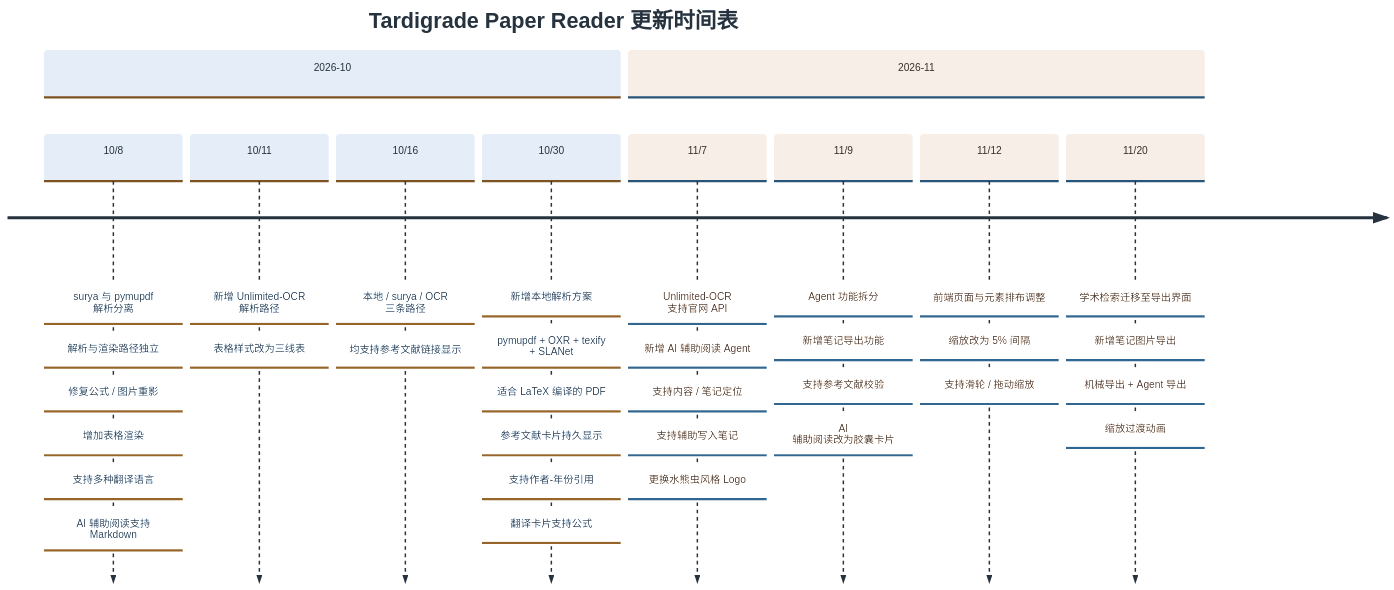
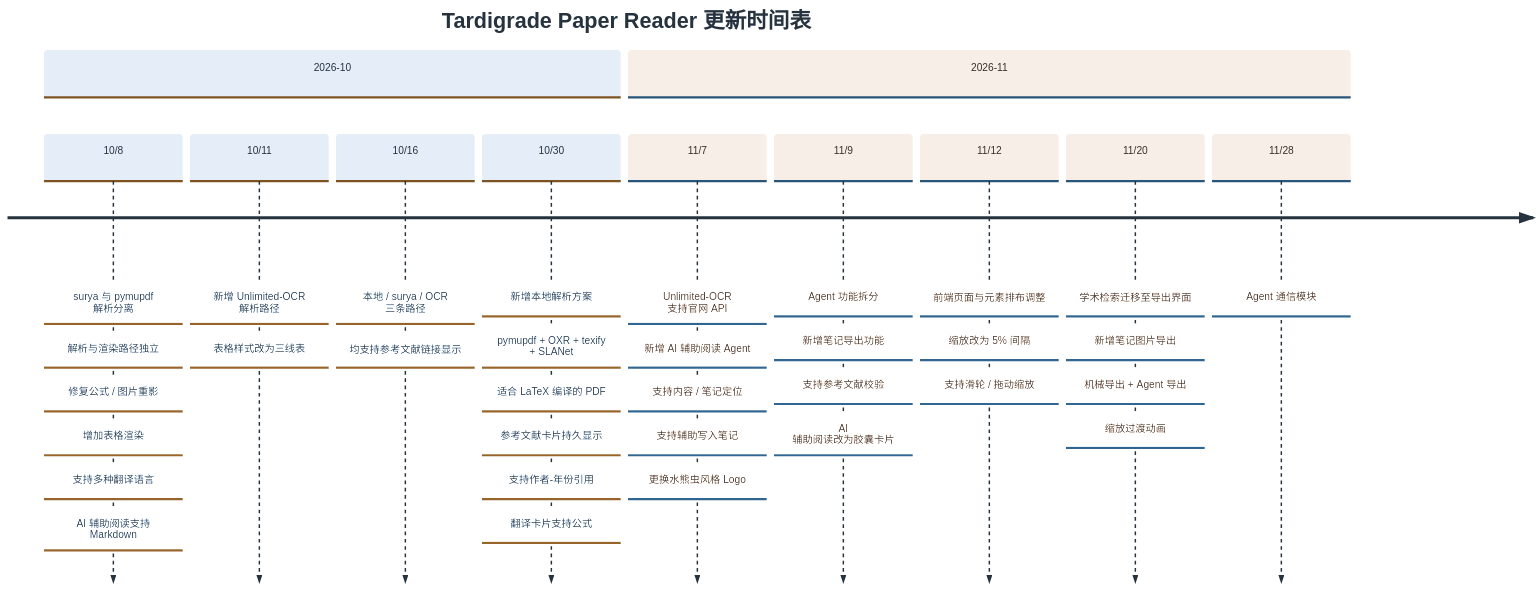
One commit to MarcYugo/tardigrade-paper-reader changed the first of 2 diagrams in README.md. Above: the diagram before and after it, drawn with Mermaid. The commit also changed other lines of this file and 109 other files, not shown here.

````diff
--- a/README.md
+++ b/README.md
@@ -11,55 +11,56 @@
 ```mermaid
 %%{init: {
   "theme": "base",
   "themeVariables": {
     "fontFamily": "Segoe UI, Microsoft YaHei, PingFang SC, sans-serif",
     "fontSize": "14px",
     "primaryColor": "#eef4fa",
     "primaryTextColor": "#26333f",
     "primaryBorderColor": "#d3e0ee",
     "lineColor": "#c9d8e8",
     "textColor": "#26333f",
     "cScale0": "#e5eef8",
     "cScale1": "#f7eee7",
     "cScaleLabel0": "#26333f",
     "cScaleLabel1": "#3b302a"
   },
   "themeCSS": ".timeline text { fill: #26333f !important; font-size: 14px !important; font-weight: 500 !important; line-height: 1.5 !important; } .timeline .section-title, .timeline text.sectionTitle, .timeline .section { fill: currentColor !important; opacity: 0.65 !important; font-weight: 600 !important; } .timeline-node circle { fill: #eef4fa !important; stroke: #bcd1e6 !important; } .timeline-node line, .timeline .lineWrapper line { stroke: currentColor !important; opacity: 0.25 !important; } .timeline-title, .timeline text.timeline-title, text.timeline-title, .chartTitleText, .flowchartTitleText, text.title { fill: currentColor !important; font-size: 17px !important; font-weight: 600 !important; }"
 }}%%
 timeline
     title Tardigrade Paper Reader 更新时间表
     section 2026-10
         10/8 : surya 与 pymupdf 解析分离
              : 解析与渲染路径独立
              : 修复公式 / 图片重影
              : 增加表格渲染
              : 支持多种翻译语言
              : AI 辅助阅读支持 Markdown
         10/11 : 新增 Unlimited-OCR 解析路径
               : 表格样式改为三线表
         10/16 : 本地 / surya / OCR 三条路径
               : 均支持参考文献链接显示
         10/30 : 新增本地解析方案
               : pymupdf + OXR + texify + SLANet
               : 适合 LaTeX 编译的 PDF
               : 参考文献卡片持久显示
               : 支持作者-年份引用
               : 翻译卡片支持公式
     section 2026-11
         11/7 : Unlimited-OCR 支持官网 API
              : 新增 AI 辅助阅读 Agent
              : 支持内容 / 笔记定位
              : 支持辅助写入笔记
              : 更换水熊虫风格 Logo
         11/9 : Agent 功能拆分
              : 新增笔记导出功能
              : 支持参考文献校验
              : AI 辅助阅读改为胶囊卡片
         11/12 : 前端页面与元素排布调整
               : 缩放改为 5% 间隔
               : 支持滑轮 / 拖动缩放
         11/20 : 学术检索迁移至导出界面
               : 新增笔记图片导出
               : 机械导出 + Agent 导出
               : 缩放过渡动画
+        11/28 : Agent 通信模块
 ```
````
